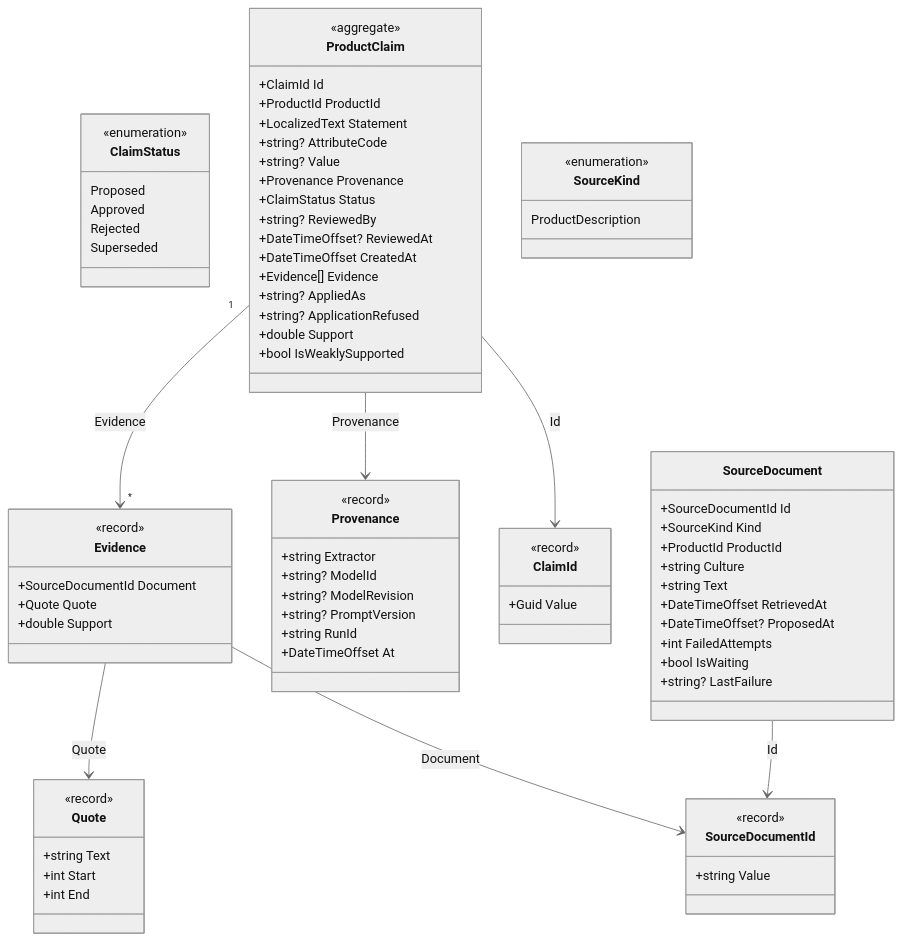
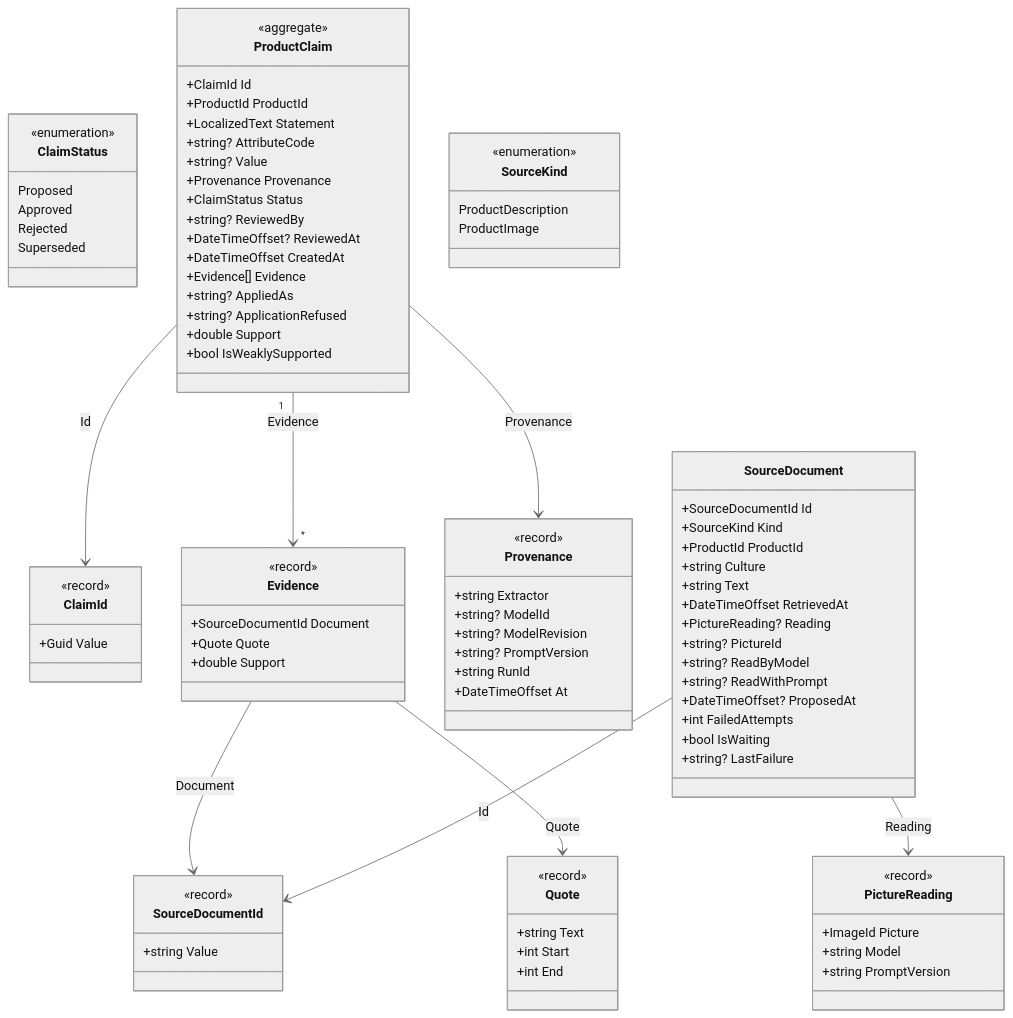
Diagram 13 of 16 in docs/domain-model.md (juanluelguerre/tendero), drawn with Mermaid (neutral theme) before and after one commit. The commit also changed 46 other files, not shown here.

First line of the commit message:
feat(knowledge): claims read from a picture — the reading as a source, and a person who has to see the picture

````diff
--- a/docs/domain-model.md
+++ b/docs/domain-model.md
@@ -897,6 +897,12 @@
         +SourceDocumentId Document
         +Quote Quote
         +double Support
+    }
+    class PictureReading {
+        <<record>>
+        +ImageId Picture
+        +string Model
+        +string PromptVersion
     }
     class ProductClaim {
         <<aggregate>>
@@ -938,6 +944,10 @@
         +string Culture
         +string Text
         +DateTimeOffset RetrievedAt
+        +PictureReading? Reading
+        +string? PictureId
+        +string? ReadByModel
+        +string? ReadWithPrompt
         +DateTimeOffset? ProposedAt
         +int FailedAttempts
         +bool IsWaiting
@@ -950,6 +960,7 @@
     class SourceKind {
         <<enumeration>>
         ProductDescription
+        ProductImage
     }
     Evidence --> SourceDocumentId : Document
     Evidence --> Quote : Quote
@@ -957,4 +968,5 @@
     ProductClaim --> Provenance : Provenance
     ProductClaim "1" --> "*" Evidence : Evidence
     SourceDocument --> SourceDocumentId : Id
+    SourceDocument --> PictureReading : Reading
 ```
````
